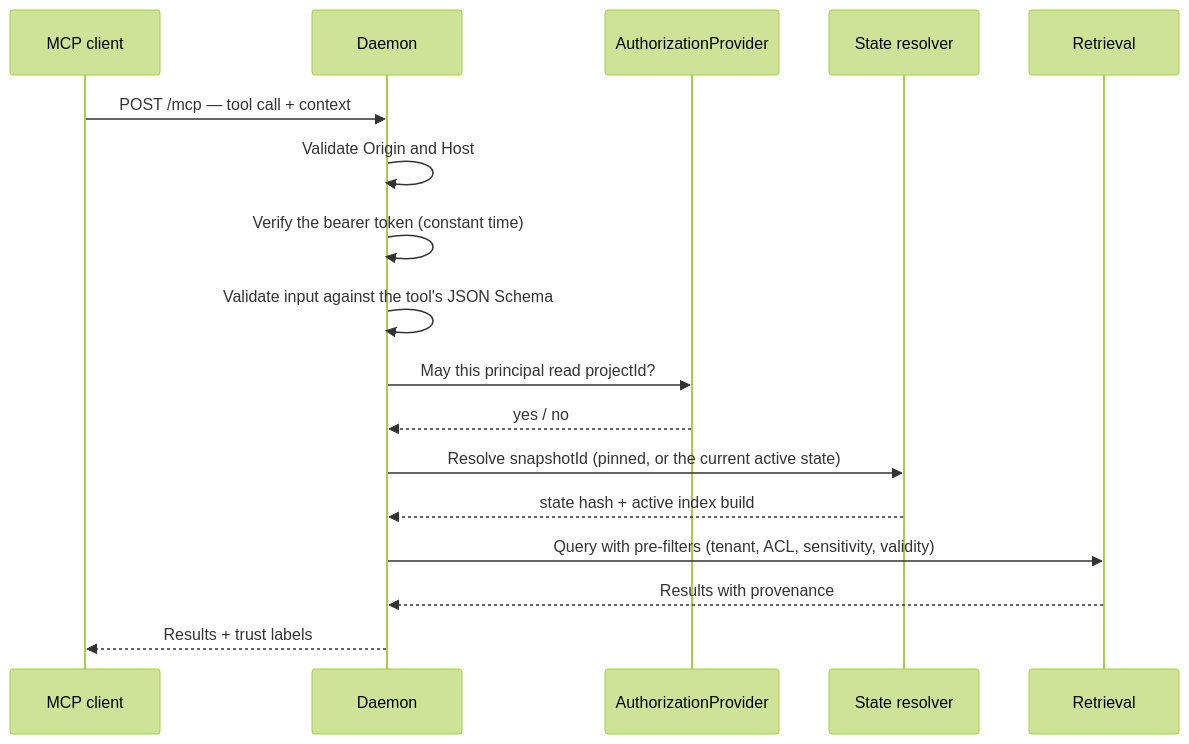
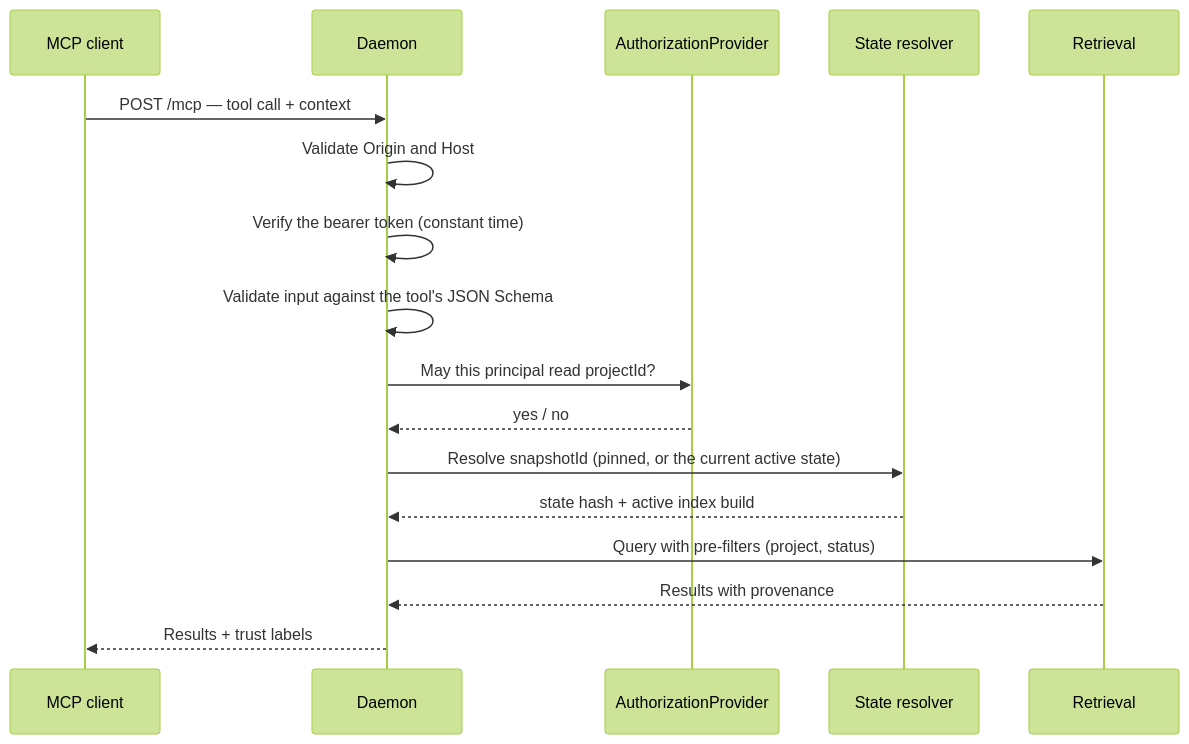
One commit to theurian/theurian changed the third of 3 diagrams in docs/architecture/local-daemon.md. Above: the diagram before and after it, drawn with Mermaid (forest theme). The commit also changed other lines of this file and 5 other files, not shown here.

````diff
--- a/docs/architecture/local-daemon.md
+++ b/docs/architecture/local-daemon.md
@@ -100,20 +100,20 @@
 ```mermaid
 sequenceDiagram
     participant C as MCP client
     participant D as Daemon
     participant A as AuthorizationProvider
     participant S as State resolver
     participant R as Retrieval
 
     C->>D: POST /mcp — tool call + context
     D->>D: Validate Origin and Host
     D->>D: Verify the bearer token (constant time)
     D->>D: Validate input against the tool's JSON Schema
     D->>A: May this principal read projectId?
     A-->>D: yes / no
     D->>S: Resolve snapshotId (pinned, or the current active state)
     S-->>D: state hash + active index build
-    D->>R: Query with pre-filters (tenant, ACL, sensitivity, validity)
+    D->>R: Query with pre-filters (project, status)
     R-->>D: Results with provenance
     D-->>C: Results + trust labels
 ```
````
